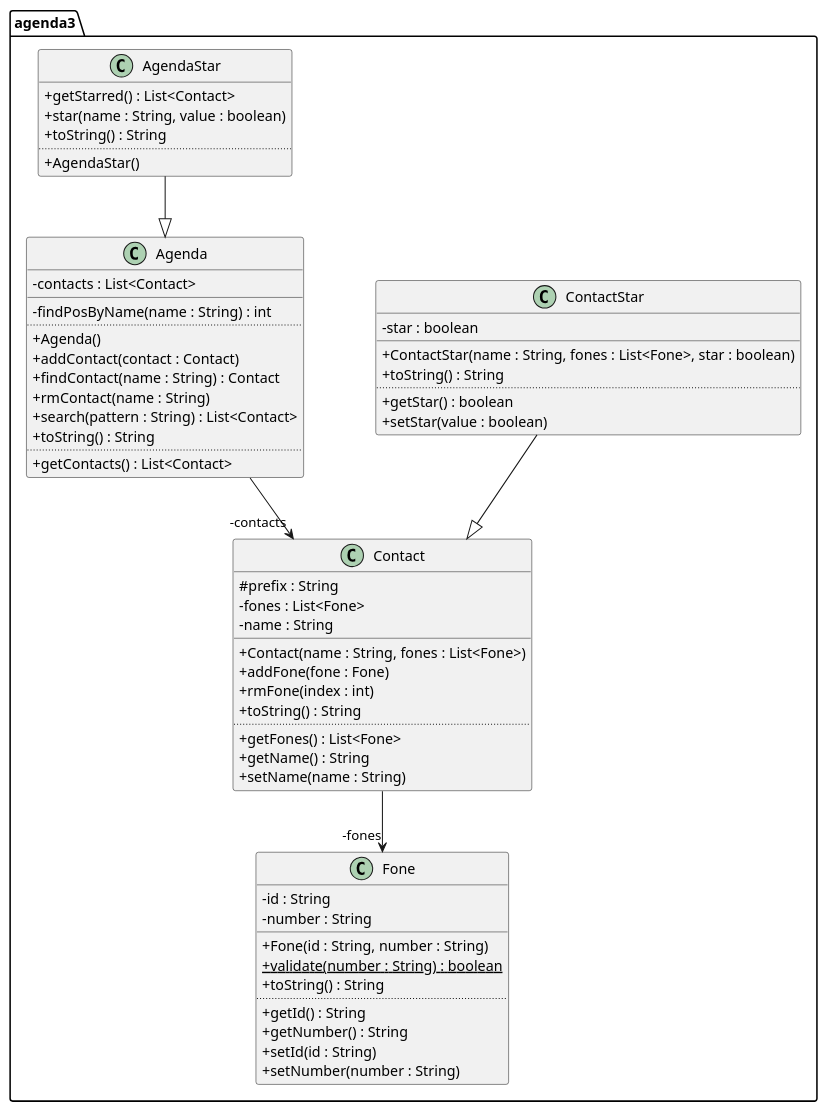
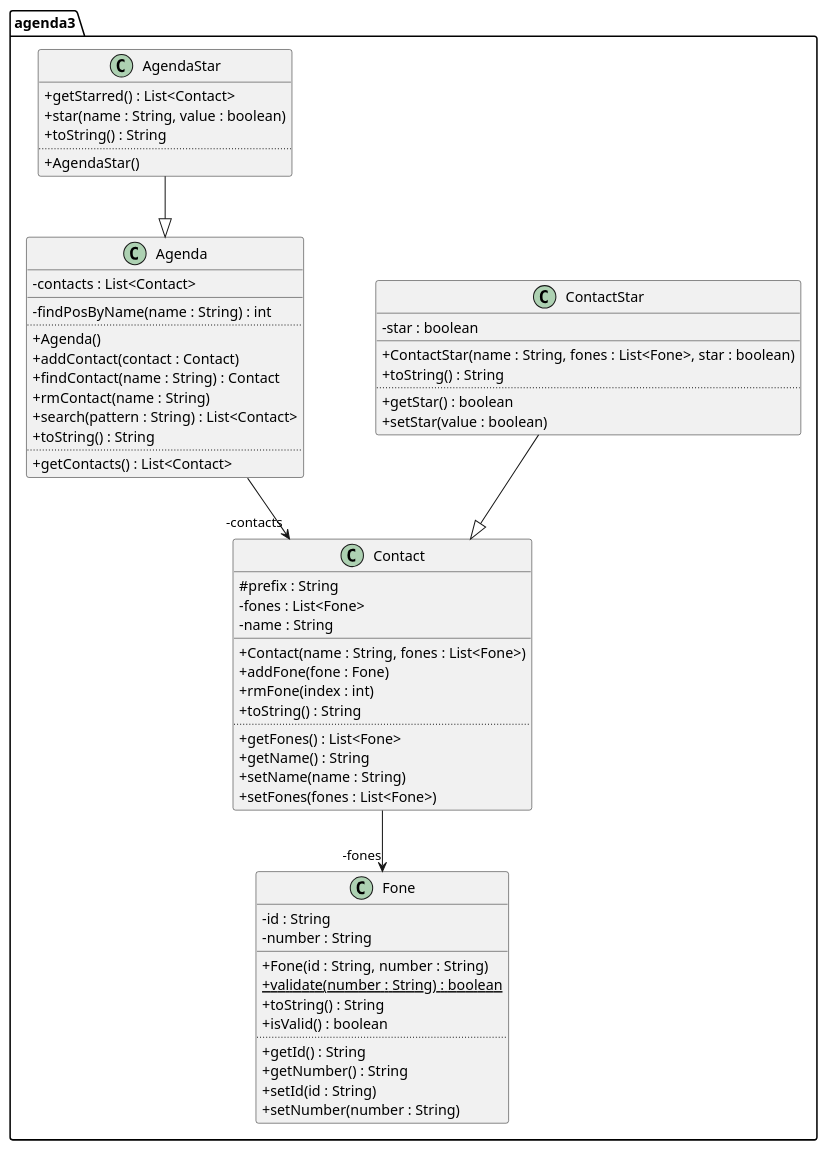
Before and after one commit to Atilio-Luiz/poo_es_2021: the diagram in trabalhos/09_1/diagrama.wsd, drawn with PlantUML. The commit also changed 2 other files, not shown here.

```diff
--- a/trabalhos/09_1/diagrama.wsd
+++ b/trabalhos/09_1/diagrama.wsd
@@ -1,71 +1,73 @@
 @startuml diagrama
 '!theme resume-light
 skinparam classAttributeIconSize 0
 hide empty methods
 hide empty attributes
 skinparam nodesep 70
 skinparam ranksep 60
 package agenda3 {
 class Agenda {
     - contacts : List<Contact>
     __
     - findPosByName(name : String) : int
     ..
     + Agenda()
     + addContact(contact : Contact)
     + findContact(name : String) : Contact 
     + rmContact(name : String)
     + search(pattern : String) : List<Contact>
     + toString() : String 
     ..
     + getContacts() : List<Contact>
 }
 class Contact {
     # prefix : String 
     - fones : List<Fone>
     - name : String 
     __
     + Contact(name : String, fones : List<Fone>)
     + addFone(fone : Fone) 
     + rmFone(index : int)
     + toString() : String 
     ..
     + getFones() : List<Fone> 
     + getName() : String 
     + setName(name : String)
+    + setFones(fones : List<Fone>)
 }
 class Fone {
     - id : String 
     - number : String 
     __
     + Fone(id : String, number : String) 
     + {static} validate(number : String) : boolean 
     + toString() : String
+    + isValid() : boolean
     ..
     + getId() : String 
     + getNumber() : String 
     + setId(id : String)
     + setNumber(number : String)
 }
 class ContactStar {
     - star : boolean
     __
     + ContactStar(name : String, fones : List<Fone>, star : boolean)
     + toString() : String 
     ..
     + getStar() : boolean 
     +setStar(value : boolean)
 }
 class AgendaStar {
     + getStarred() : List<Contact>
     + star(name : String, value : boolean)
     + toString() : String 
     ..
     + AgendaStar()
 }
 Agenda --> "-contacts" Contact
 Contact --> "-fones" Fone 
 ContactStar --|> Contact
 AgendaStar --|> Agenda
 }
 @enduml
```
